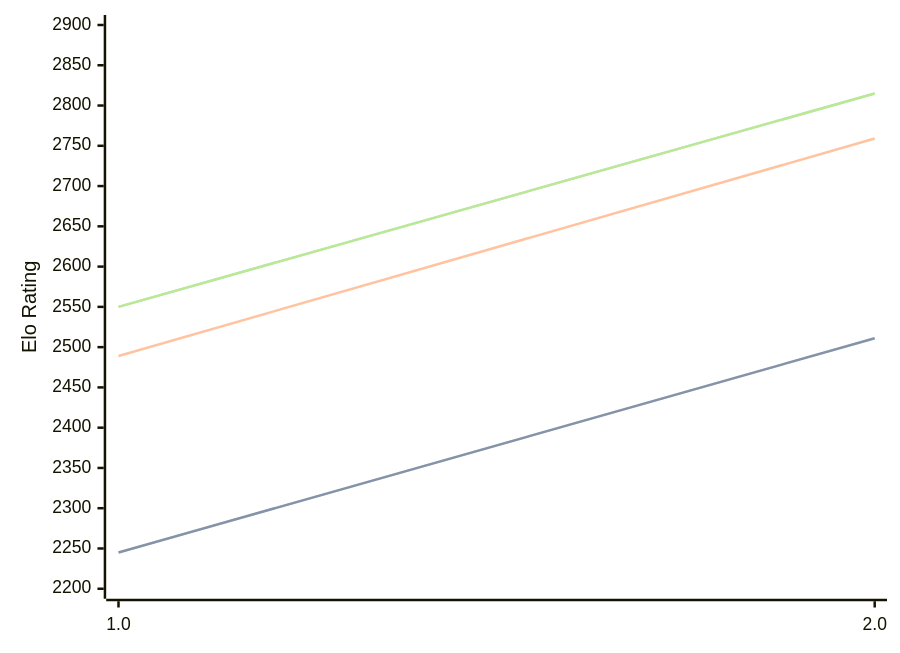
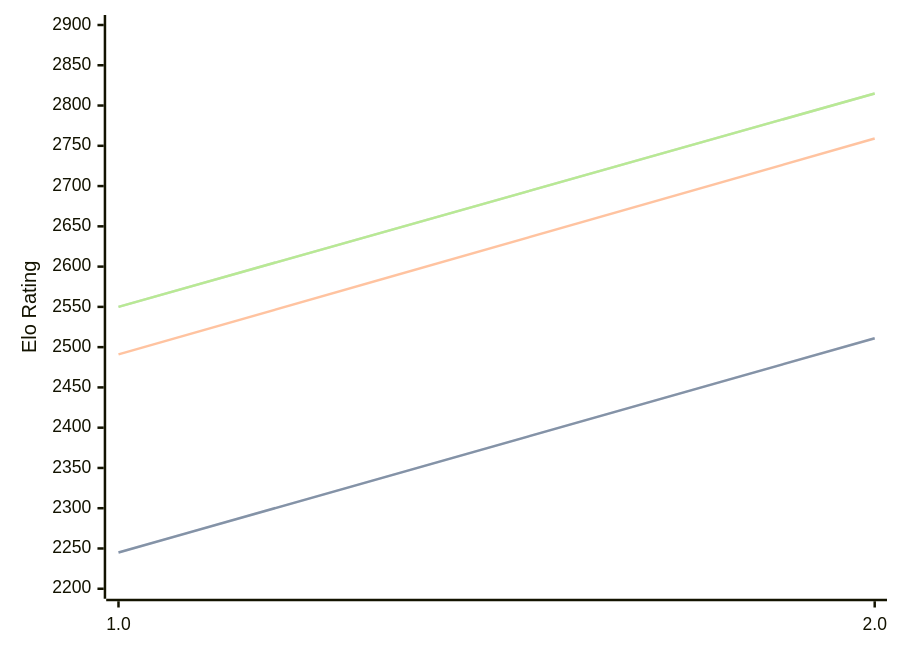
The third of 3 diagrams in engines/Revolver.md (computer-chess-index/cci), drawn with Mermaid before and after one commit. The commit also changed other lines of this file, not shown here.

````diff
--- a/engines/Revolver.md
+++ b/engines/Revolver.md
@@ -65,11 +65,11 @@
 ```mermaid
 %%{init: {"theme":"base","themeVariables":{"seriesColors:['#a3a3a3','#222221','#faa371']}}}%%
 xychart-beta
   x-axis ["1.0", "2.0"]
   y-axis "Elo Rating" 2200 --> 2900
   line "STC (8.0+0.08s)" [2245, 2511]
   line "STC (8.0+0.08s)" [2245, 2511]
-  line "LTC (60.0+0.60s)" [2489, 2759]
+  line "LTC (60.0+0.60s)" [2491, 2759]
   line "VLTC (2m24s+1.12s)" [2550, 2815]
   line "VLTC (2m24s+1.12s)" [2550, 2815]
 ```
````
